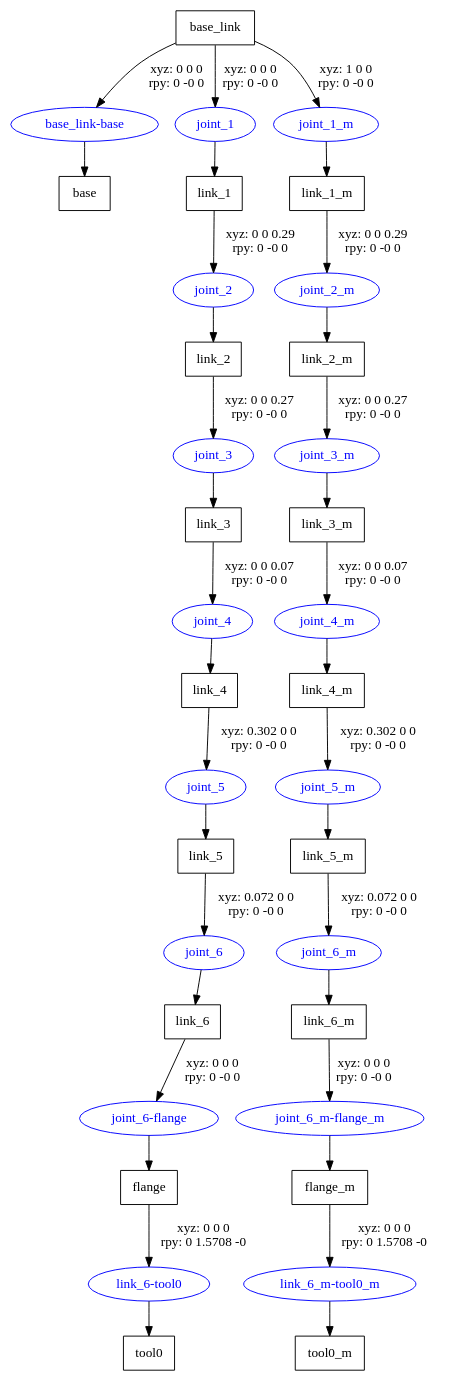
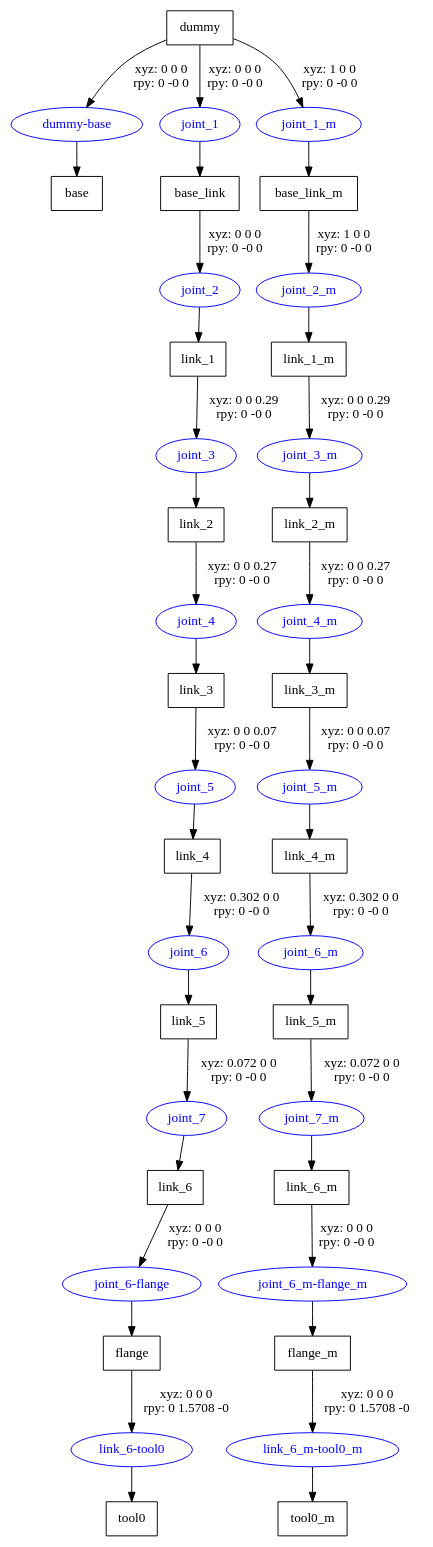
Before and after one commit to raghavvs/test_irb120: the diagram in abb_irb120_support/urdf/abb_irb120_3_58.gv, drawn with Graphviz. The commit also changed 21 other files, not shown here.

Commit message:
dummy link established

```diff
--- a/abb_irb120_support/urdf/abb_irb120_3_58.gv
+++ b/abb_irb120_support/urdf/abb_irb120_3_58.gv
@@ -1,56 +1,62 @@
 digraph G {
 node [shape=box];
+"dummy" [label="dummy"];
+"base" [label="base"];
 "base_link" [label="base_link"];
-"base" [label="base"];
 "link_1" [label="link_1"];
 "link_2" [label="link_2"];
 "link_3" [label="link_3"];
 "link_4" [label="link_4"];
 "link_5" [label="link_5"];
 "link_6" [label="link_6"];
 "flange" [label="flange"];
 "tool0" [label="tool0"];
+"base_link_m" [label="base_link_m"];
 "link_1_m" [label="link_1_m"];
 "link_2_m" [label="link_2_m"];
 "link_3_m" [label="link_3_m"];
 "link_4_m" [label="link_4_m"];
 "link_5_m" [label="link_5_m"];
 "link_6_m" [label="link_6_m"];
 "flange_m" [label="flange_m"];
 "tool0_m" [label="tool0_m"];
 node [shape=ellipse, color=blue, fontcolor=blue];
-"base_link" -> "base_link-base" [label="xyz: 0 0 0 \nrpy: 0 -0 0"]
-"base_link-base" -> "base"
-"base_link" -> "joint_1" [label="xyz: 0 0 0 \nrpy: 0 -0 0"]
-"joint_1" -> "link_1"
-"link_1" -> "joint_2" [label="xyz: 0 0 0.29 \nrpy: 0 -0 0"]
-"joint_2" -> "link_2"
-"link_2" -> "joint_3" [label="xyz: 0 0 0.27 \nrpy: 0 -0 0"]
-"joint_3" -> "link_3"
-"link_3" -> "joint_4" [label="xyz: 0 0 0.07 \nrpy: 0 -0 0"]
-"joint_4" -> "link_4"
-"link_4" -> "joint_5" [label="xyz: 0.302 0 0 \nrpy: 0 -0 0"]
-"joint_5" -> "link_5"
-"link_5" -> "joint_6" [label="xyz: 0.072 0 0 \nrpy: 0 -0 0"]
-"joint_6" -> "link_6"
+"dummy" -> "dummy-base" [label="xyz: 0 0 0 \nrpy: 0 -0 0"]
+"dummy-base" -> "base"
+"dummy" -> "joint_1" [label="xyz: 0 0 0 \nrpy: 0 -0 0"]
+"joint_1" -> "base_link"
+"base_link" -> "joint_2" [label="xyz: 0 0 0 \nrpy: 0 -0 0"]
+"joint_2" -> "link_1"
+"link_1" -> "joint_3" [label="xyz: 0 0 0.29 \nrpy: 0 -0 0"]
+"joint_3" -> "link_2"
+"link_2" -> "joint_4" [label="xyz: 0 0 0.27 \nrpy: 0 -0 0"]
+"joint_4" -> "link_3"
+"link_3" -> "joint_5" [label="xyz: 0 0 0.07 \nrpy: 0 -0 0"]
+"joint_5" -> "link_4"
+"link_4" -> "joint_6" [label="xyz: 0.302 0 0 \nrpy: 0 -0 0"]
+"joint_6" -> "link_5"
+"link_5" -> "joint_7" [label="xyz: 0.072 0 0 \nrpy: 0 -0 0"]
+"joint_7" -> "link_6"
 "link_6" -> "joint_6-flange" [label="xyz: 0 0 0 \nrpy: 0 -0 0"]
 "joint_6-flange" -> "flange"
 "flange" -> "link_6-tool0" [label="xyz: 0 0 0 \nrpy: 0 1.5708 -0"]
 "link_6-tool0" -> "tool0"
-"base_link" -> "joint_1_m" [label="xyz: 1 0 0 \nrpy: 0 -0 0"]
-"joint_1_m" -> "link_1_m"
-"link_1_m" -> "joint_2_m" [label="xyz: 0 0 0.29 \nrpy: 0 -0 0"]
-"joint_2_m" -> "link_2_m"
-"link_2_m" -> "joint_3_m" [label="xyz: 0 0 0.27 \nrpy: 0 -0 0"]
-"joint_3_m" -> "link_3_m"
-"link_3_m" -> "joint_4_m" [label="xyz: 0 0 0.07 \nrpy: 0 -0 0"]
-"joint_4_m" -> "link_4_m"
-"link_4_m" -> "joint_5_m" [label="xyz: 0.302 0 0 \nrpy: 0 -0 0"]
-"joint_5_m" -> "link_5_m"
-"link_5_m" -> "joint_6_m" [label="xyz: 0.072 0 0 \nrpy: 0 -0 0"]
-"joint_6_m" -> "link_6_m"
+"dummy" -> "joint_1_m" [label="xyz: 1 0 0 \nrpy: 0 -0 0"]
+"joint_1_m" -> "base_link_m"
+"base_link_m" -> "joint_2_m" [label="xyz: 1 0 0 \nrpy: 0 -0 0"]
+"joint_2_m" -> "link_1_m"
+"link_1_m" -> "joint_3_m" [label="xyz: 0 0 0.29 \nrpy: 0 -0 0"]
+"joint_3_m" -> "link_2_m"
+"link_2_m" -> "joint_4_m" [label="xyz: 0 0 0.27 \nrpy: 0 -0 0"]
+"joint_4_m" -> "link_3_m"
+"link_3_m" -> "joint_5_m" [label="xyz: 0 0 0.07 \nrpy: 0 -0 0"]
+"joint_5_m" -> "link_4_m"
+"link_4_m" -> "joint_6_m" [label="xyz: 0.302 0 0 \nrpy: 0 -0 0"]
+"joint_6_m" -> "link_5_m"
+"link_5_m" -> "joint_7_m" [label="xyz: 0.072 0 0 \nrpy: 0 -0 0"]
+"joint_7_m" -> "link_6_m"
 "link_6_m" -> "joint_6_m-flange_m" [label="xyz: 0 0 0 \nrpy: 0 -0 0"]
 "joint_6_m-flange_m" -> "flange_m"
 "flange_m" -> "link_6_m-tool0_m" [label="xyz: 0 0 0 \nrpy: 0 1.5708 -0"]
 "link_6_m-tool0_m" -> "tool0_m"
 }
```
